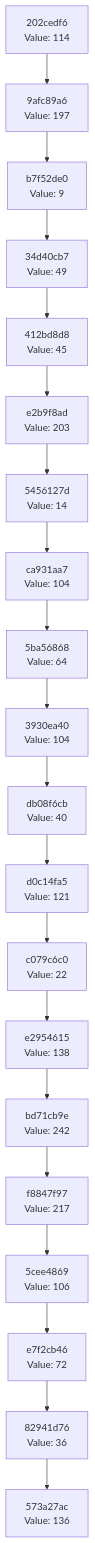
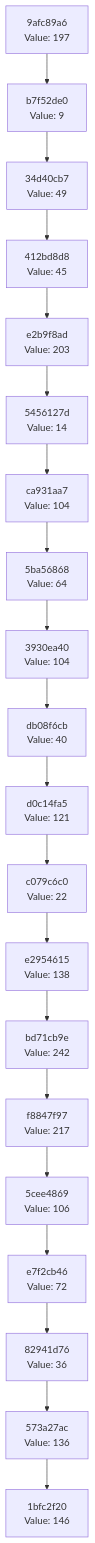
One commit to Abhisheksinha1506/hash-chain-evolver changed the diagram in docs/CHAIN_VISUALIZATION.md. Above: the diagram before and after it, drawn with Mermaid. The commit also changed 2 other files, not shown here.

Commit message:
Evolution step: hash 0x92 → action executed

````diff
--- a/docs/CHAIN_VISUALIZATION.md
+++ b/docs/CHAIN_VISUALIZATION.md
@@ -3,42 +3,42 @@
 ```mermaid
 graph TD
-    C0["573a27ac<br/>Value: 136"]
-    C1["82941d76<br/>Value: 36"]
+    C0["1bfc2f20<br/>Value: 146"]
+    C1["573a27ac<br/>Value: 136"]
     C1 --> C0
-    C2["e7f2cb46<br/>Value: 72"]
+    C2["82941d76<br/>Value: 36"]
     C2 --> C1
-    C3["5cee4869<br/>Value: 106"]
+    C3["e7f2cb46<br/>Value: 72"]
     C3 --> C2
-    C4["f8847f97<br/>Value: 217"]
+    C4["5cee4869<br/>Value: 106"]
     C4 --> C3
-    C5["bd71cb9e<br/>Value: 242"]
+    C5["f8847f97<br/>Value: 217"]
     C5 --> C4
-    C6["e2954615<br/>Value: 138"]
+    C6["bd71cb9e<br/>Value: 242"]
     C6 --> C5
-    C7["c079c6c0<br/>Value: 22"]
+    C7["e2954615<br/>Value: 138"]
     C7 --> C6
-    C8["d0c14fa5<br/>Value: 121"]
+    C8["c079c6c0<br/>Value: 22"]
     C8 --> C7
-    C9["db08f6cb<br/>Value: 40"]
+    C9["d0c14fa5<br/>Value: 121"]
     C9 --> C8
-    C10["3930ea40<br/>Value: 104"]
+    C10["db08f6cb<br/>Value: 40"]
     C10 --> C9
-    C11["5ba56868<br/>Value: 64"]
+    C11["3930ea40<br/>Value: 104"]
     C11 --> C10
-    C12["ca931aa7<br/>Value: 104"]
+    C12["5ba56868<br/>Value: 64"]
     C12 --> C11
-    C13["5456127d<br/>Value: 14"]
+    C13["ca931aa7<br/>Value: 104"]
     C13 --> C12
-    C14["e2b9f8ad<br/>Value: 203"]
+    C14["5456127d<br/>Value: 14"]
     C14 --> C13
-    C15["412bd8d8<br/>Value: 45"]
+    C15["e2b9f8ad<br/>Value: 203"]
     C15 --> C14
-    C16["34d40cb7<br/>Value: 49"]
+    C16["412bd8d8<br/>Value: 45"]
     C16 --> C15
-    C17["b7f52de0<br/>Value: 9"]
+    C17["34d40cb7<br/>Value: 49"]
     C17 --> C16
-    C18["9afc89a6<br/>Value: 197"]
+    C18["b7f52de0<br/>Value: 9"]
     C18 --> C17
-    C19["202cedf6<br/>Value: 114"]
+    C19["9afc89a6<br/>Value: 197"]
     C19 --> C18
 ```
````
